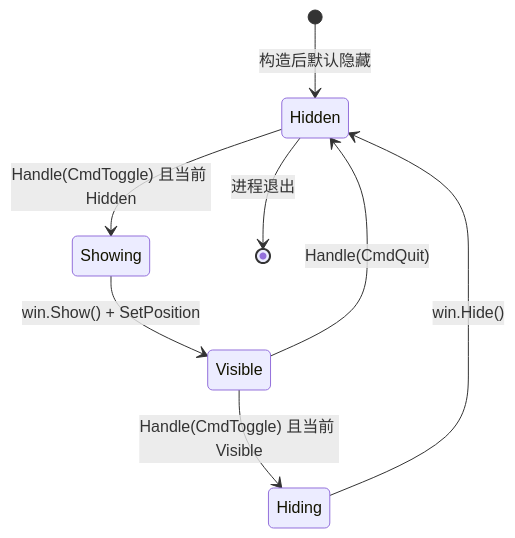
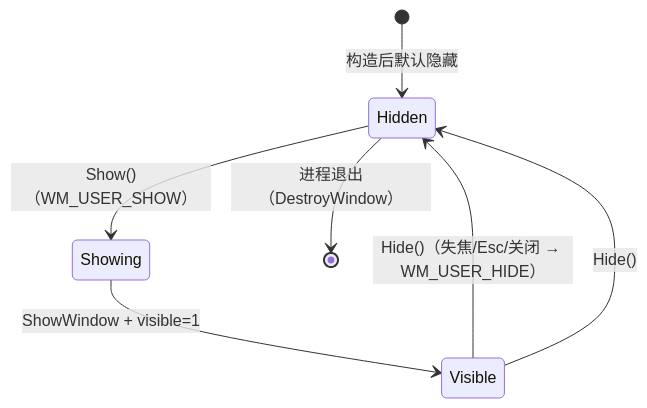
Before and after one commit to shaolei/DeskCalendar: the fourth of 4 diagrams in docs/10-Shell/Window.md, drawn with Mermaid. The commit also changed other lines of this file and 5 other files, not shown here.

````diff
--- a/docs/10-Shell/Window.md
+++ b/docs/10-Shell/Window.md
@@ -155,10 +186,9 @@
 ```mermaid
 stateDiagram-v2
     [*] --> Hidden: 构造后默认隐藏
-    Hidden --> Showing: Handle(CmdToggle) 且当前 Hidden
-    Showing --> Visible: win.Show() + SetPosition
-    Visible --> Hiding: Handle(CmdToggle) 且当前 Visible
-    Hiding --> Hidden: win.Hide()
-    Visible --> Hidden: Handle(CmdQuit)
-    Hidden --> [*]: 进程退出
+    Hidden --> Showing: Show()（WM_USER_SHOW）
+    Showing --> Visible: ShowWindow + visible=1
+    Visible --> Hidden: Hide()（失焦/Esc/关闭 → WM_USER_HIDE）
+    Visible --> Hidden: Hide()
+    Hidden --> [*]: 进程退出（DestroyWindow）
 ```
````
